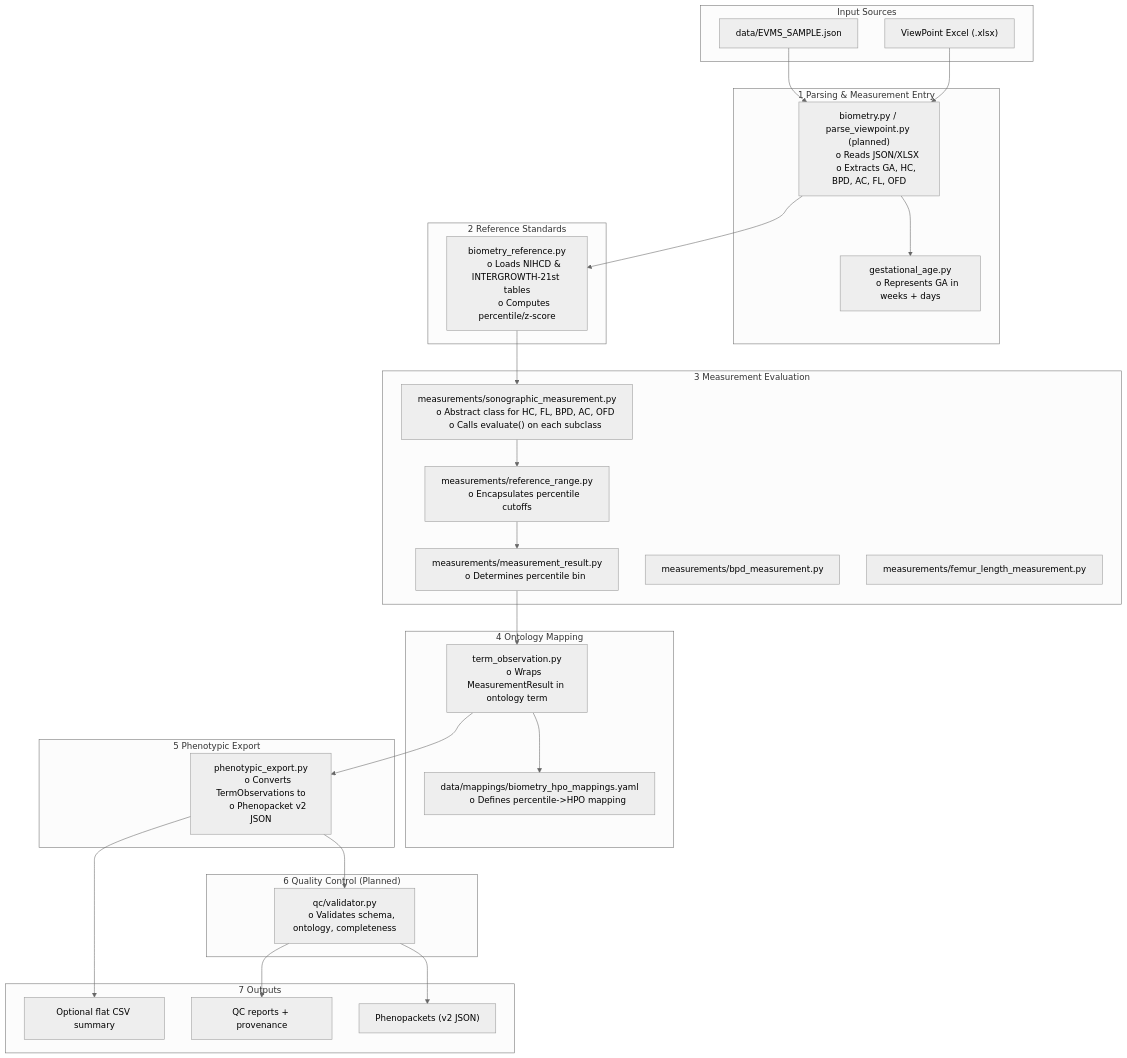
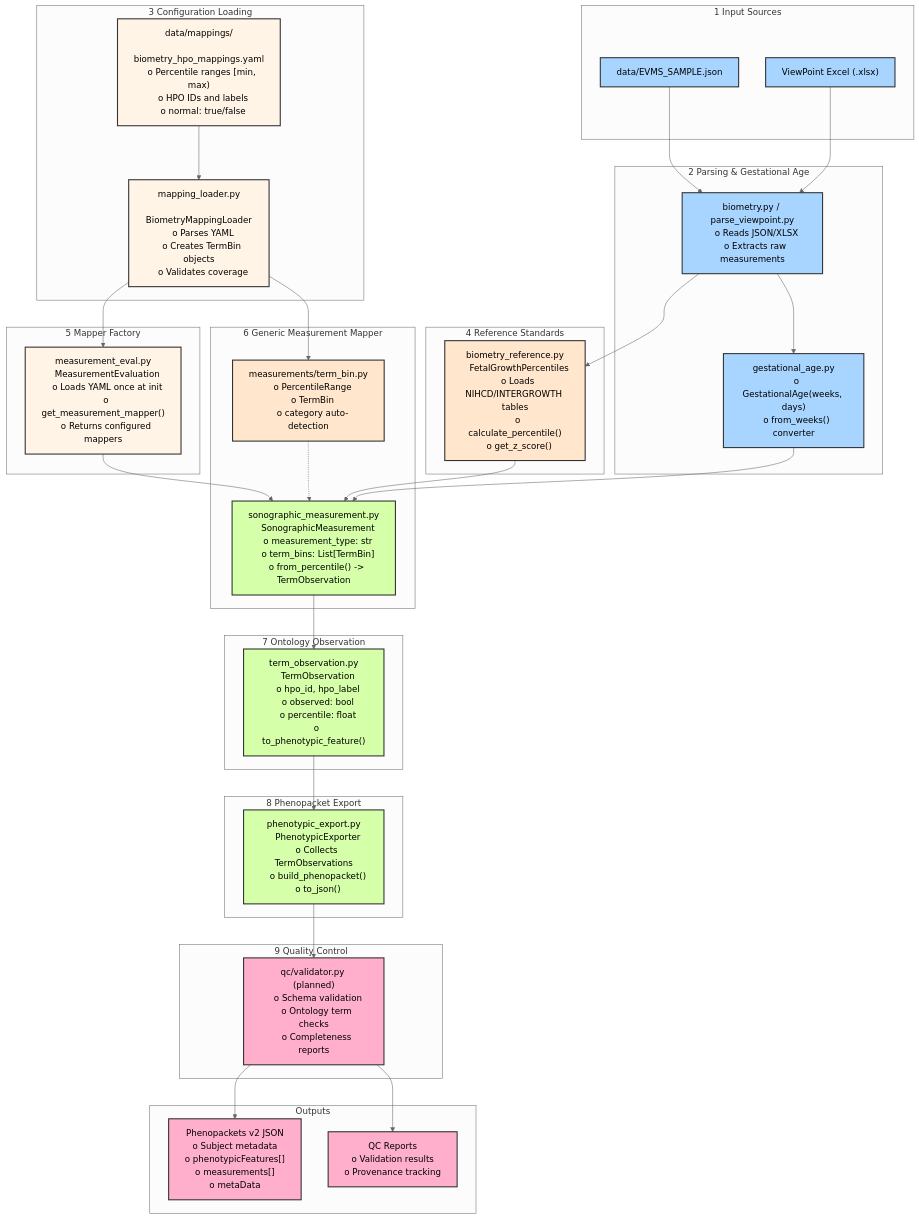
The sixth of 10 diagrams in README.md (P2GX/prenatalppkt), drawn with Mermaid (neutral theme) before and after one commit. The commit also changed other lines of this file, not shown here.

Commit message:
docs: revise project README with architecture and module breakdown

````diff
--- a/README.md
+++ b/README.md
@@ -1785,73 +1721,127 @@
 ```mermaid
 flowchart TD
+subgraph Input["1 Input Sources"]
+   JSON["data/EVMS_SAMPLE.json"]
+   XLSX["ViewPoint Excel (.xlsx)"]
+end
 
-  subgraph Input["Input Sources"]
-      JSON["data/EVMS_SAMPLE.json"]
-      XLSX["ViewPoint Excel (.xlsx)"]
-  end
+subgraph Parsing["2 Parsing & Gestational Age"]
+   PARSER["biometry.py / parse_viewpoint.py
+   o Reads JSON/XLSX
+   o Extracts raw measurements"]
+   GA["gestational_age.py
+   o GestationalAge(weeks, days)
+   o from_weeks() converter"]
+end
 
-  subgraph Parsing["1 Parsing & Measurement Entry"]
-      PARSER["biometry.py / parse_viewpoint.py (planned)
-      o Reads JSON/XLSX
-      o Extracts GA, HC, BPD, AC, FL, OFD"]
-      GA["gestational_age.py
-      o Represents GA in weeks + days"]
-  end
+subgraph Config["3 Configuration Loading"]
+   YAML["data/mappings/
+   biometry_hpo_mappings.yaml
+   o Percentile ranges [min, max)
+   o HPO IDs and labels
+   o normal: true/false"]
+   LOADER["mapping_loader.py
+   BiometryMappingLoader
+   o Parses YAML
+   o Creates TermBin objects
+   o Validates coverage"]
+end
 
-  subgraph Reference["2 Reference Standards"]
-      REF["biometry_reference.py
-      o Loads NIHCD & INTERGROWTH-21st tables
-      o Computes percentile/z-score"]
-  end
+subgraph Reference["4 Reference Standards"]
+   REF["biometry_reference.py
+   FetalGrowthPercentiles
+   o Loads NIHCD/INTERGROWTH tables
+   o calculate_percentile()
+   o get_z_score()"]
+end
 
-  subgraph Measurements["3 Measurement Evaluation"]
-      RANGE["measurements/reference_range.py
-      o Encapsulates percentile cutoffs"]
-      RESULT["measurements/measurement_result.py
-      o Determines percentile bin"]
-      EVAL["measurements/sonographic_measurement.py
-      o Abstract class for HC, FL, BPD, AC, OFD
-      o Calls evaluate() on each subclass"]
-      SUB1["measurements/bpd_measurement.py"]
-      SUB2["measurements/femur_length_measurement.py"]
-  end
+subgraph Factory["5 Mapper Factory"]
+   FACTORY["measurement_eval.py
+   MeasurementEvaluation
+   o Loads YAML once at init
+   o get_measurement_mapper()
+   o Returns configured mappers"]
+end
 
-  subgraph Ontology["4 Ontology Mapping"]
-      OBS["term_observation.py
-      o Wraps MeasurementResult in ontology term"]
-      YAML["data/mappings/biometry_hpo_mappings.yaml
-      o Defines percentile->HPO mapping"]
-  end
+subgraph Measurement["6 Generic Measurement Mapper"]
+   MAPPER["sonographic_measurement.py
+   SonographicMeasurement
+   o measurement_type: str
+   o term_bins: List[TermBin]
+   o from_percentile() -> TermObservation"]
+   TERMBIN["measurements/term_bin.py
+   o PercentileRange
+   o TermBin
+   o category auto-detection"]
+end
 
-  subgraph Export["5 Phenotypic Export"]
-      EXPORT["phenotypic_export.py
-      o Converts TermObservations to
-      o Phenopacket v2 JSON"]
-  end
+subgraph Observation["7 Ontology Observation"]
+   OBS["term_observation.py
+   TermObservation
+   o hpo_id, hpo_label
+   o observed: bool
+   o percentile: float
+   o to_phenotypic_feature()"]
+end
 
-  subgraph QC["6 Quality Control (Planned)"]
-      VALID["qc/validator.py
-      o Validates schema, ontology, completeness"]
-  end
+subgraph Export["8 Phenopacket Export"]
+   EXPORT["phenotypic_export.py
+   PhenotypicExporter
+   o Collects TermObservations
+   o build_phenopacket()
+   o to_json()"]
+end
 
-  subgraph Output["7 Outputs"]
-      PP["Phenopackets (v2 JSON)"]
-      CSV["Optional flat CSV summary"]
-      LOGS["QC reports + provenance"]
-  end
+subgraph QC["9 Quality Control"]
+   VALID["qc/validator.py (planned)
+   o Schema validation
+   o Ontology term checks
+   o Completeness reports"]
+end
 
-  %% Connections
-  JSON --> PARSER
-  XLSX --> PARSER
-  PARSER --> GA
-  PARSER --> REF
-  REF --> EVAL
-  EVAL --> RANGE --> RESULT --> OBS
-  OBS --> YAML
-  OBS --> EXPORT
-  EXPORT --> VALID
-  VALID --> PP
-  VALID --> LOGS
-  EXPORT --> CSV
+subgraph Output["Outputs"]
+   PP["Phenopackets v2 JSON
+   o Subject metadata
+   o phenotypicFeatures[]
+   o measurements[]
+   o metaData"]
+   LOGS["QC Reports
+   o Validation results
+   o Provenance tracking"]
+end
 
+%% Connections
+JSON --> PARSER
+XLSX --> PARSER
+PARSER --> GA
+PARSER --> REF
+
+YAML --> LOADER
+LOADER --> TERMBIN
+LOADER --> FACTORY
+
+FACTORY --> MAPPER
+TERMBIN -.-> MAPPER
+
+REF --> MAPPER
+GA --> MAPPER
+
+MAPPER --> OBS
+OBS --> EXPORT
+EXPORT --> VALID
+
+VALID --> PP
+VALID --> LOGS
+
+classDef input fill:#a8d5ff,stroke:#333,stroke-width:2px,color:#000000
+classDef config fill:#fff4e6,stroke:#333,stroke-width:2px,color:#000000
+classDef reference fill:#ffe6cc,stroke:#333,stroke-width:2px,color:#000000
+classDef process fill:#d5ffa8,stroke:#333,stroke-width:2px,color:#000000
+classDef output fill:#ffafcc,stroke:#333,stroke-width:2px,color:#000000
+
+class JSON,XLSX,PARSER,GA input
+class YAML,LOADER,FACTORY config
+class REF,TERMBIN reference
+class MAPPER,OBS,EXPORT process
+class VALID,PP,LOGS output
 ```
````
